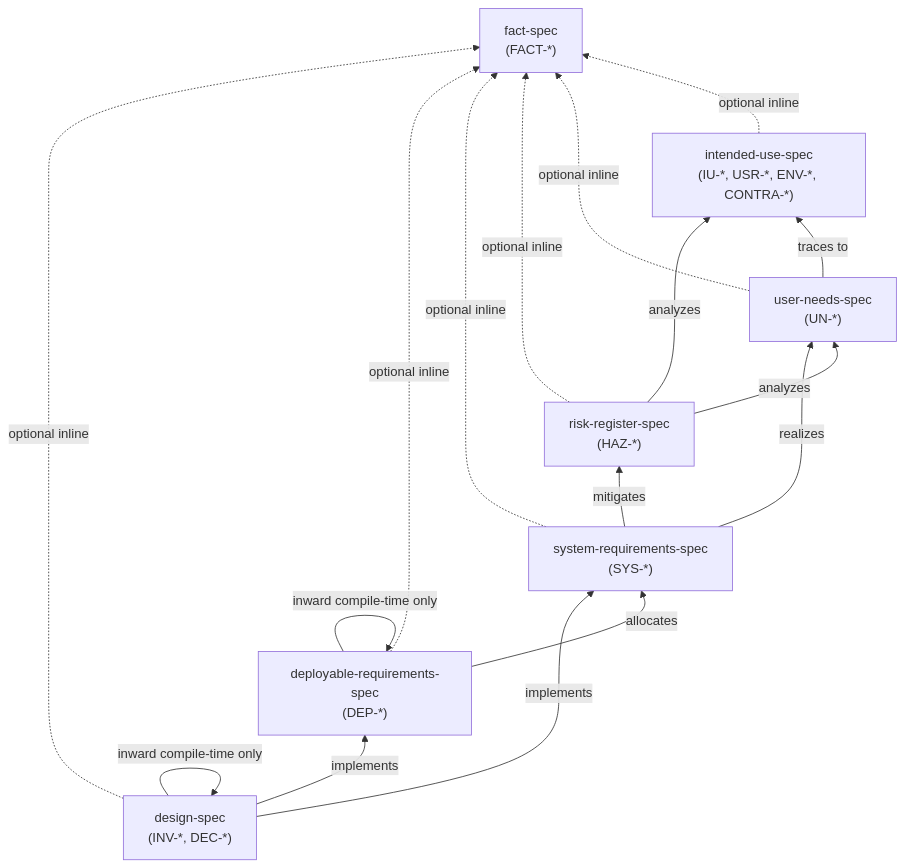
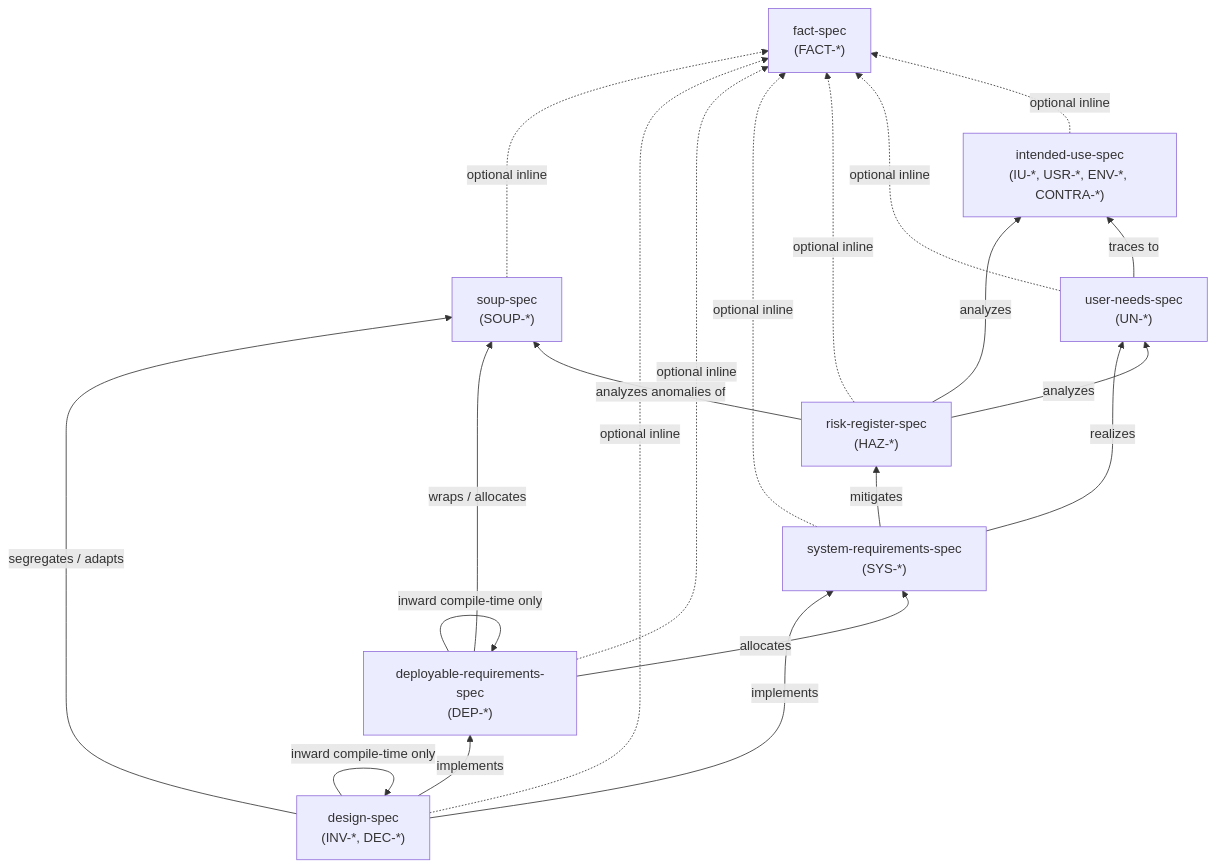
The diagram in source/spec/qms-spec.md (zerotwooneone/percolator), drawn with Mermaid before and after one commit. The commit also changed other lines of this file and 1 other file, not shown here.

Commit message:
add soup spec

````diff
--- a/source/spec/qms-spec.md
+++ b/source/spec/qms-spec.md
@@ -17,27 +18,32 @@
 ```mermaid
 flowchart BT
     FACT["fact-spec<br/>(FACT-*)"]
     IU["intended-use-spec<br/>(IU-*, USR-*, ENV-*, CONTRA-*)"]
     UN["user-needs-spec<br/>(UN-*)"]
     RR["risk-register-spec<br/>(HAZ-*)"]
     SYS["system-requirements-spec<br/>(SYS-*)"]
     DEP["deployable-requirements-spec<br/>(DEP-*)"]
     DSN["design-spec<br/>(INV-*, DEC-*)"]
+    SOUP["soup-spec<br/>(SOUP-*)"]
 
     IU -.->|optional inline| FACT
     UN -->|traces to| IU
     UN -.->|optional inline| FACT
     RR -->|analyzes| IU
     RR -->|analyzes| UN
+    RR -->|analyzes anomalies of| SOUP
     RR -.->|optional inline| FACT
     SYS -->|realizes| UN
     SYS -->|mitigates| RR
     SYS -.->|optional inline| FACT
     DEP -->|allocates| SYS
+    DEP -->|wraps / allocates| SOUP
     DEP -->|inward compile-time only| DEP
     DEP -.->|optional inline| FACT
     DSN -->|implements| DEP
     DSN -->|implements| SYS
+    DSN -->|segregates / adapts| SOUP
     DSN -->|inward compile-time only| DSN
     DSN -.->|optional inline| FACT
+    SOUP -.->|optional inline| FACT
 ```
````
